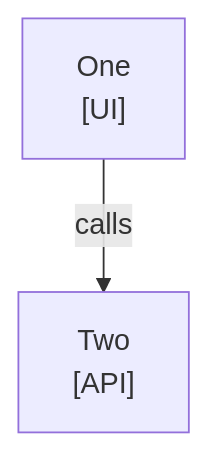
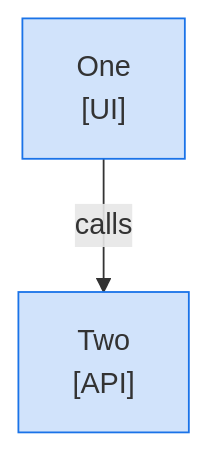
The diagram in skills/docsmith/scripts/fixtures/bad/mmd-small.md (choonchernlim/skills), drawn with Mermaid before and after one commit. The commit also changed other lines of this file and 47 other files, not shown here.

First line of the commit message:
feat(docsmith): require owner colors, sequence owner bands, and docs domain folders

````diff
--- a/skills/docsmith/scripts/fixtures/bad/mmd-small.md
+++ b/skills/docsmith/scripts/fixtures/bad/mmd-small.md
@@ -14,4 +14,7 @@
 ```mermaid
 graph TD
   A["One<br/>[UI]"] -->|"calls"| B["Two<br/>[API]"]
+
+  class A,B own
+  classDef own fill:#1a73e833,stroke:#1a73e8
 ```
````
